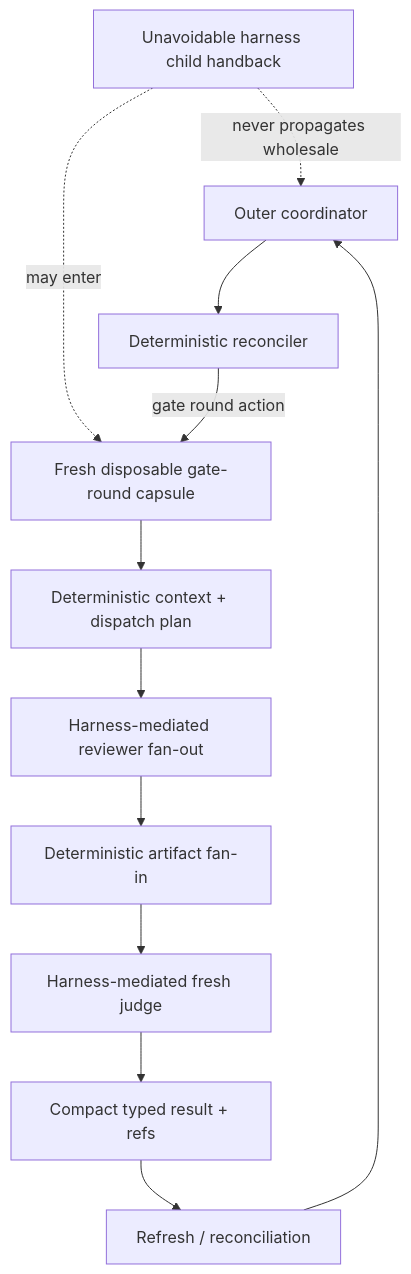
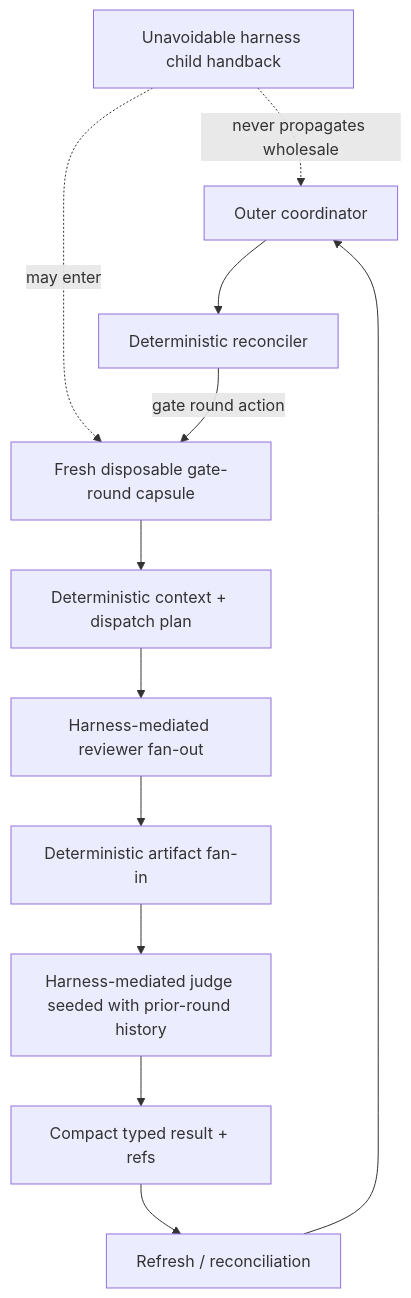
One commit to mfittko/dev-loops changed the first of 2 diagrams in docs/decisions/0081-harness-mediated-agent-io-context-contained.md. Above: the diagram before and after it, drawn with Mermaid. The commit also changed other lines of this file, not shown here.

Commit message:
docs(adr): keep the ADR 0081 judge history-seeded
Rename the ADR 0081 flowchart's judge node from "Harness-mediated
fresh judge" to "Harness-mediated judge seeded with prior-round
history", and add a sentence to Section 2 clarifying that the
gate-round capsule's "fresh disposable" claim is about the outer
coordinator's transcript, not the judge's inputs. The judge inside
the capsule remains history-seeded per GATE-EXEC-JUDGE-NOT-FRESH
(prior-round ledgers and judge verdicts passed in as explicit
durable artifacts), and reviewer fresh-context isolation is
unchanged.

Refs #2342

Claude-Session: https://claude.ai/code/e20e5f0f-8bbb-4498-91d4-f9518ecfa92c

````diff
--- a/docs/decisions/0081-harness-mediated-agent-io-context-contained.md
+++ b/docs/decisions/0081-harness-mediated-agent-io-context-contained.md
@@ -50,18 +50,18 @@
 ```mermaid
 flowchart TD
     O[Outer coordinator] --> R[Deterministic reconciler]
     R -->|gate round action| C[Fresh disposable gate-round capsule]
 
     C --> P[Deterministic context + dispatch plan]
     P --> F[Harness-mediated reviewer fan-out]
     F --> I[Deterministic artifact fan-in]
-    I --> J[Harness-mediated fresh judge]
+    I --> J[Harness-mediated judge seeded with prior-round history]
     J --> K[Compact typed result + refs]
 
     K --> R2[Refresh / reconciliation]
     R2 --> O
 
     H[Unavoidable harness child handback]
     H -. may enter .-> C
     H -. never propagates wholesale .-> O
 ```
````
